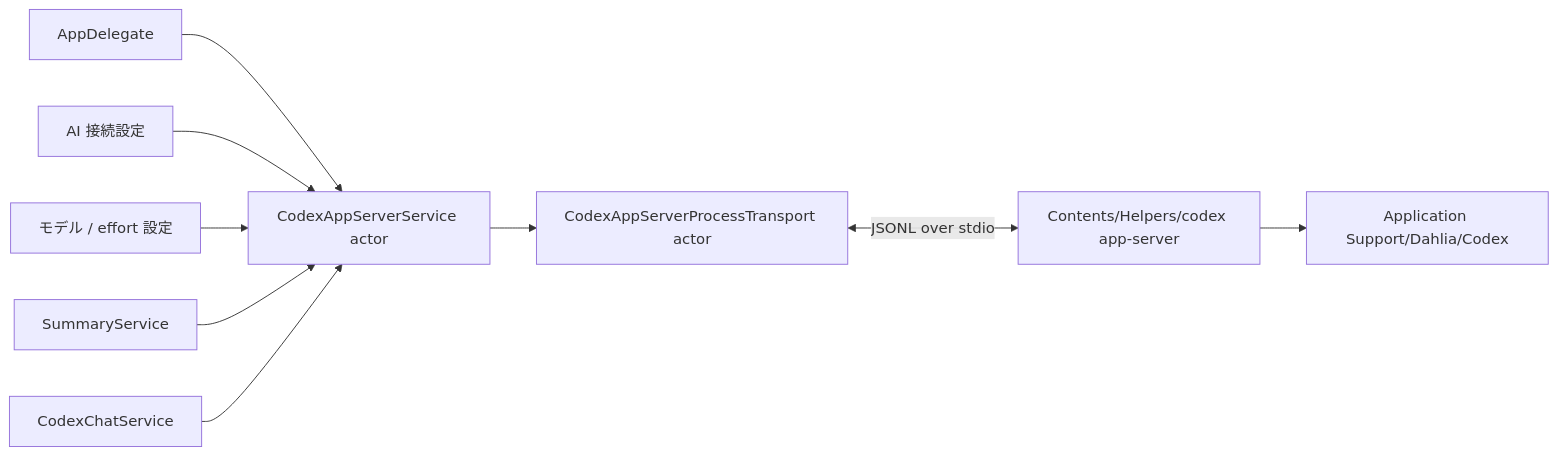
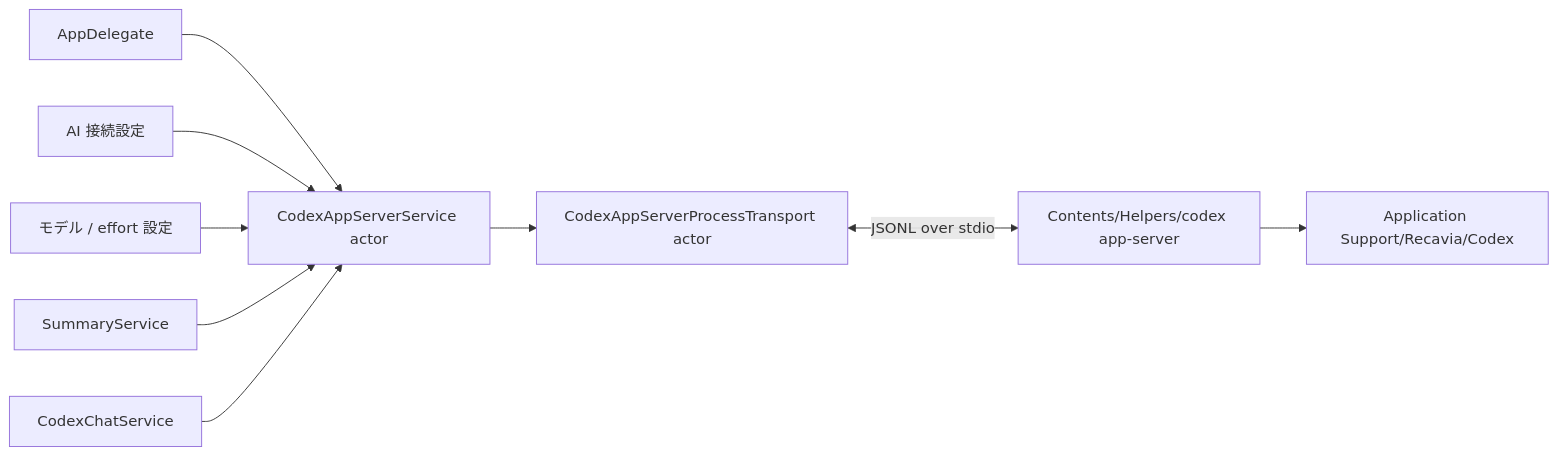
One commit to recavia/recavia changed the first of 3 diagrams in docs/adr/0003-use-a-shared-codex-app-server.md. Above: the diagram before and after it, drawn with Mermaid. The commit also changed other lines of this file and 709 other files, not shown here.

First line of the commit message:
Rename Dahlia to Recavia (#124)

````diff
--- a/docs/adr/0003-use-a-shared-codex-app-server.md
+++ b/docs/adr/0003-use-a-shared-codex-app-server.md
@@ -33,11 +33,11 @@
 ```mermaid
 flowchart LR
     App["AppDelegate"] --> Service["CodexAppServerService actor"]
     Account["AI 接続設定"] --> Service
     Models["モデル / effort 設定"] --> Service
     Summary["SummaryService"] --> Service
     Chat["CodexChatService"] --> Service
     Service --> Transport["CodexAppServerProcessTransport actor"]
     Transport <-->|"JSONL over stdio"| Child["Contents/Helpers/codex app-server"]
-    Child --> Home["Application Support/Dahlia/Codex"]
+    Child --> Home["Application Support/Recavia/Codex"]
 ```
````
